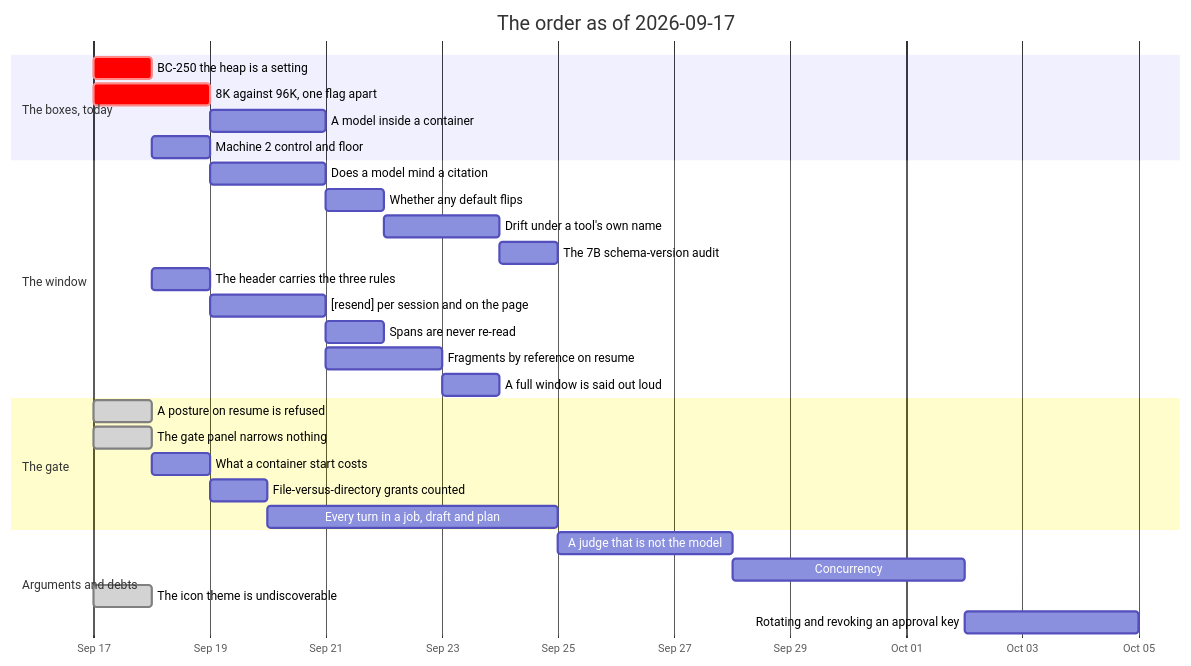
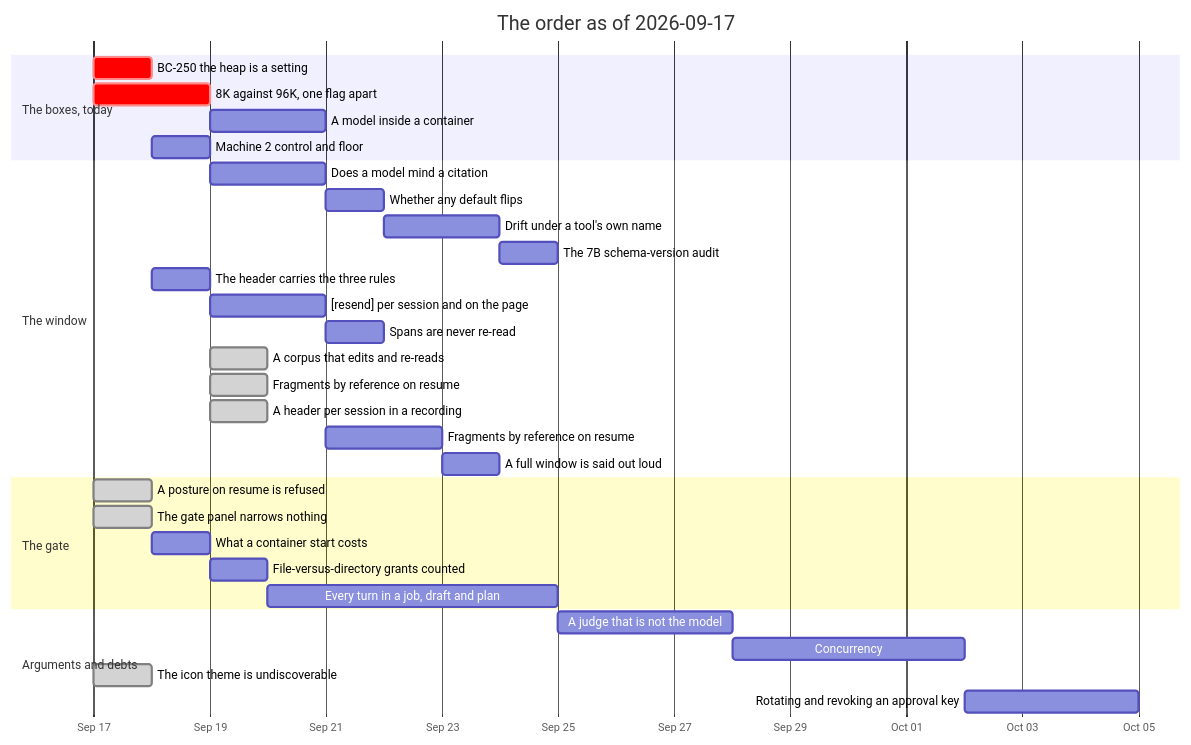
One commit to jgermade/luu changed the diagram in ROADMAP/2026-09-17/README.md. Above: the diagram before and after it, drawn with Mermaid. The commit also changed other lines of this file and 30 other files, not shown here.

````diff
--- a/ROADMAP/2026-09-17/README.md
+++ b/ROADMAP/2026-09-17/README.md
@@ -149,32 +149,35 @@
 ```mermaid
 gantt
     title The order as of 2026-09-17
     dateFormat YYYY-MM-DD
     axisFormat %b %d
     section The boxes, today
     BC-250 the heap is a setting           :crit, gtt, 2026-09-17, 1d
     8K against 96K, one flag apart         :crit, ctx, 2026-09-17, 2d
     A model inside a container             :ctr, after ctx, 2d
     Machine 2 control and floor            :m2, after gtt, 1d
     section The window
     Does a model mind a citation           :cite, after ctx, 2d
     Whether any default flips              :flip, after cite, 1d
     Drift under a tool's own name          :drift, after flip, 2d
     The 7B schema-version audit            :audit, after drift, 1d
     The header carries the three rules     :hdr, 2026-09-18, 1d
     [resend] per session and on the page   :resend, after hdr, 2d
     Spans are never re-read                :stale, after resend, 1d
+    A corpus that edits and re-reads       :done, corpus, 2026-09-19, 1d
+    Fragments by reference on resume       :done, frag2, 2026-09-19, 1d
+    A header per session in a recording    :done, hdr2, 2026-09-19, 1d
     Fragments by reference on resume       :frag, after resend, 2d
     A full window is said out loud         :full, after frag, 1d
     section The gate
     A posture on resume is refused         :done, posture, 2026-09-17, 1d
     The gate panel narrows nothing         :done, panel, 2026-09-17, 1d
     What a container start costs           :cost, after panel, 1d
     File-versus-directory grants counted   :grants, after cost, 1d
     Every turn in a job, draft and plan    :jobs, after grants, 5d
     section Arguments and debts
     A judge that is not the model          :judge, after audit, 3d
     Concurrency                            :conc, after judge, 4d
     The icon theme is undiscoverable       :done, icon, 2026-09-17, 1d
     Rotating and revoking an approval key  :keys, after conc, 3d
 ```
````
